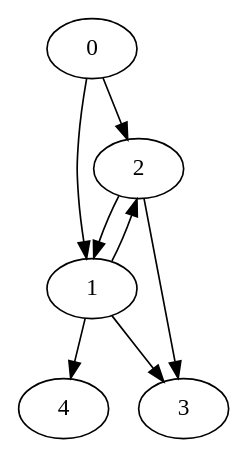
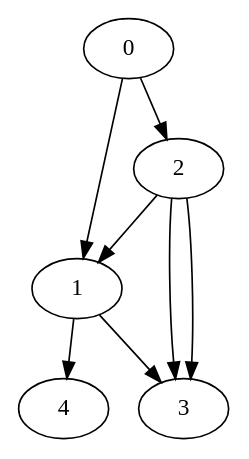
The diagram in models/output_hyperset/example2.dot (rocio-perez-sbarato/strangelooplab), drawn with Graphviz before and after one commit. The commit also changed 3 other files, not shown here.

```diff
--- a/models/output_hyperset/example2.dot
+++ b/models/output_hyperset/example2.dot
@@ -1,9 +1,9 @@
 digraph G {
   0 -> 2;
   0 -> 1;
-  1 -> 2;
   1 -> 4;
   1 -> 3;
+  2 -> 3;
   2 -> 1;
   2 -> 3;
 }
```
